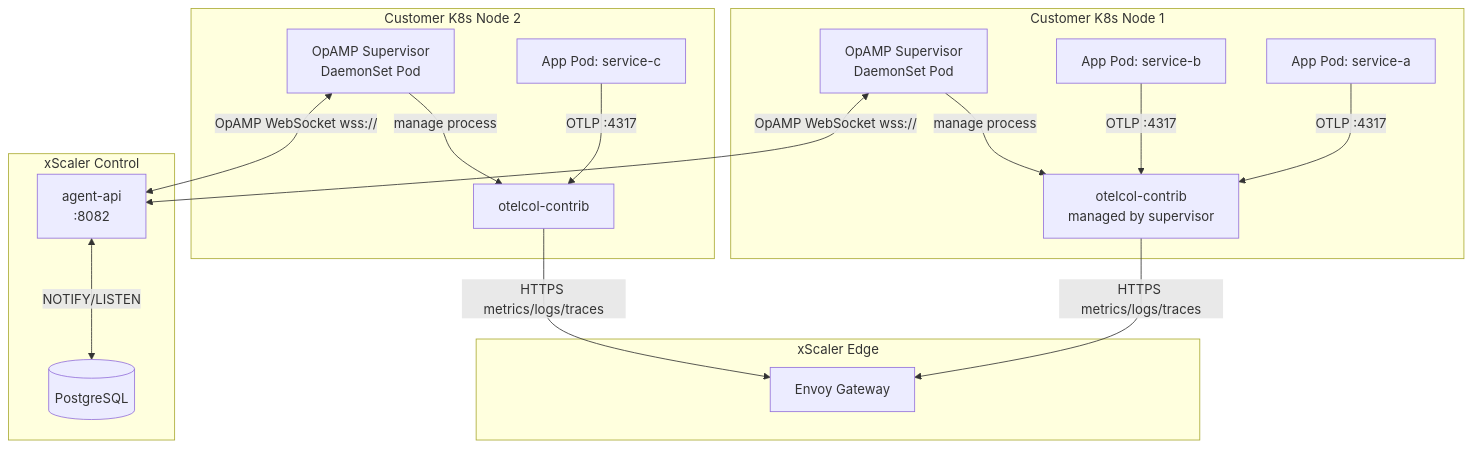
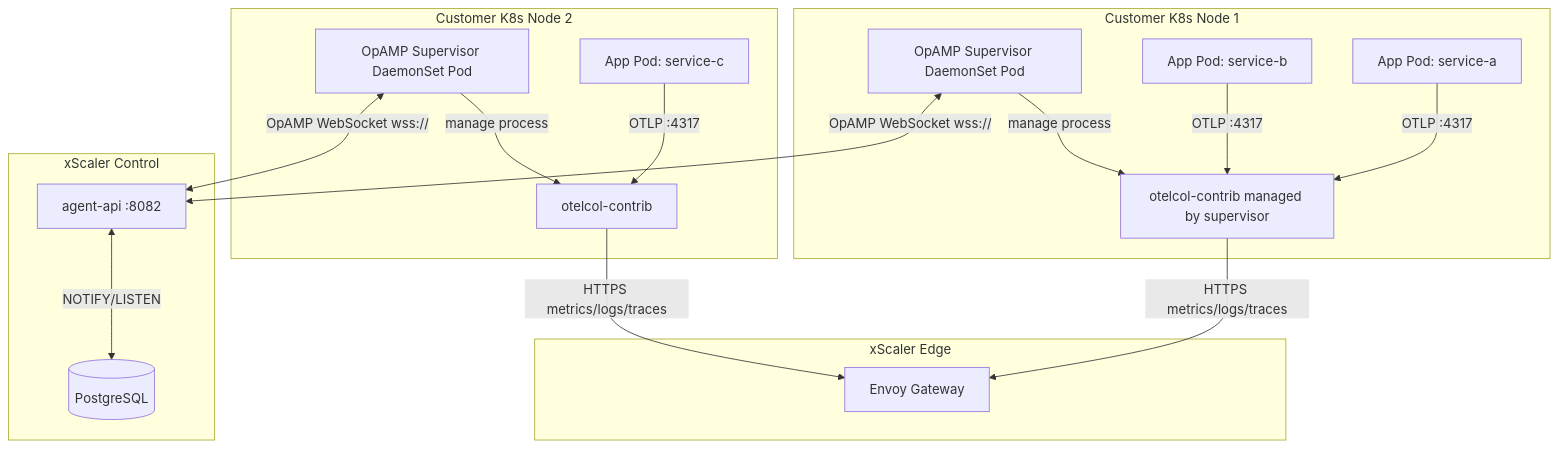
The diagram in docs/architecture/agent-mode.md (xscaler/training), drawn with Mermaid before and after one commit. The commit also changed other lines of this file and 38 other files, not shown here.

First line of the commit message:
Remove internal content, fix Mermaid diagrams, and rewrite labs as customer-facing exercises

````diff
--- a/docs/architecture/agent-mode.md
+++ b/docs/architecture/agent-mode.md
@@ -7,32 +7,32 @@
 ```mermaid
 graph TB
     subgraph "Customer K8s Node 1"
         APP1[App Pod: service-a]
         APP2[App Pod: service-b]
-        SUP1[OpAMP Supervisor\nDaemonSet Pod]
-        COL1[otelcol-contrib\nmanaged by supervisor]
+        SUP1[OpAMP Supervisor DaemonSet Pod]
+        COL1[otelcol-contrib managed by supervisor]
         APP1 & APP2 -->|OTLP :4317| COL1
         SUP1 -->|manage process| COL1
     end
 
     subgraph "Customer K8s Node 2"
         APP3[App Pod: service-c]
-        SUP2[OpAMP Supervisor\nDaemonSet Pod]
+        SUP2[OpAMP Supervisor DaemonSet Pod]
         COL2[otelcol-contrib]
         APP3 -->|OTLP :4317| COL2
         SUP2 -->|manage process| COL2
     end
 
     subgraph "xScaler Control"
-        AA[agent-api\n:8082]
+        AA[agent-api :8082]
         PG[(PostgreSQL)]
     end
 
     subgraph "xScaler Edge"
         EN[Envoy Gateway]
     end
 
     SUP1 & SUP2 <-->|OpAMP WebSocket wss://| AA
     AA <-->|NOTIFY/LISTEN| PG
     COL1 & COL2 -->|HTTPS metrics/logs/traces| EN
 ```
````
